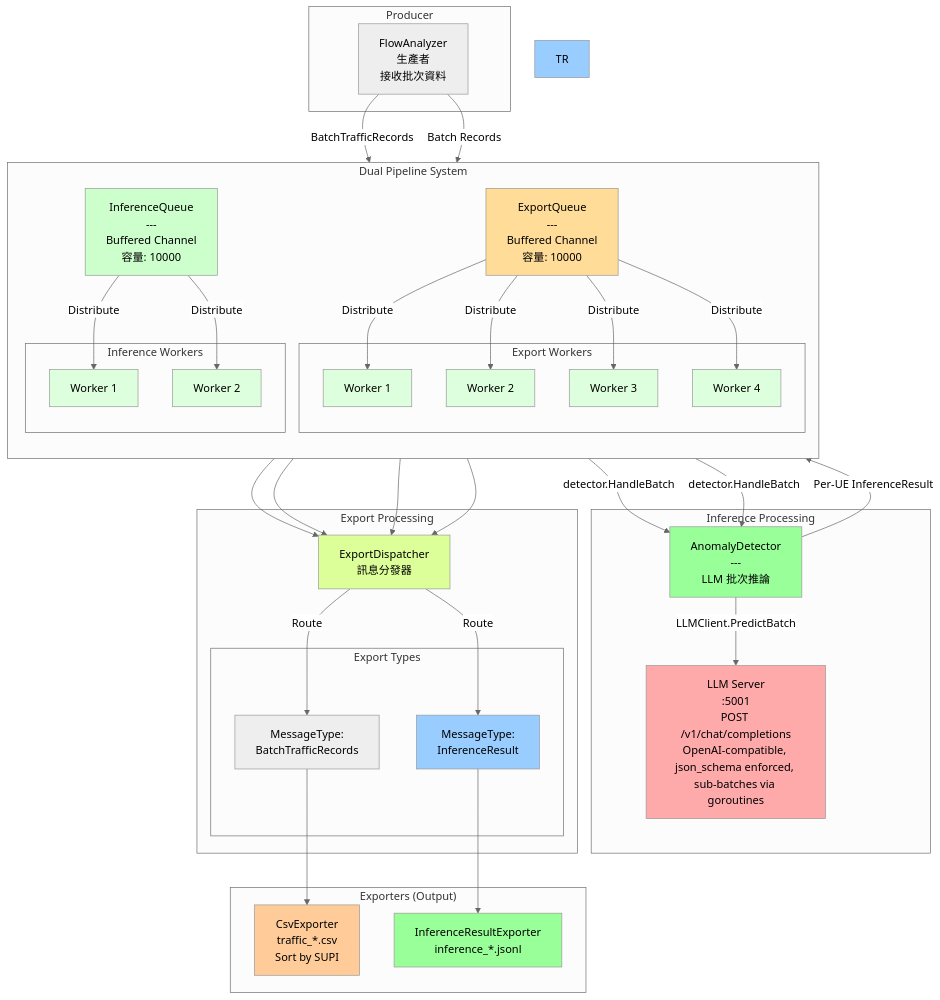
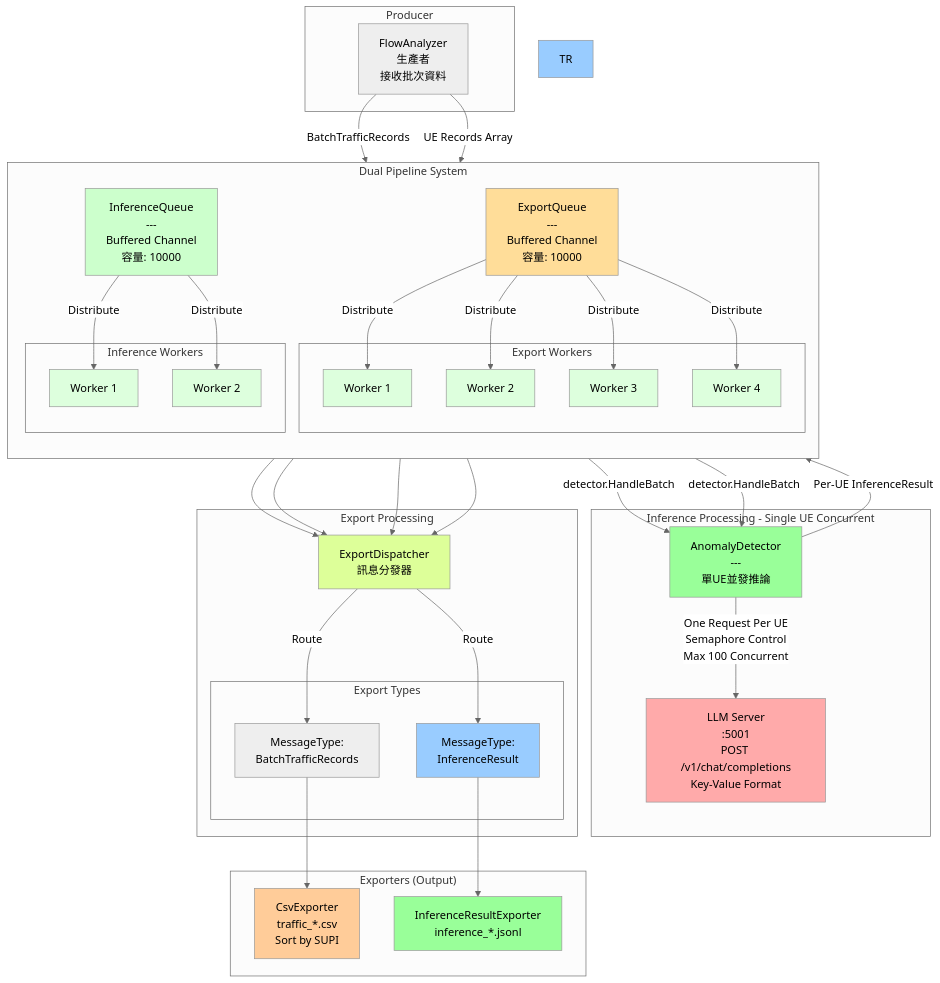
One commit to ian-cs12-NYCU/AnLF changed the fifth of 8 diagrams in docs/architecture.md. Above: the diagram before and after it, drawn with Mermaid. The commit also changed other lines of this file and 14 other files, not shown here.

Commit message:
feat: change to single-UE-per-request

````diff
--- a/docs/architecture.md
+++ b/docs/architecture.md
@@ -259,81 +265,81 @@
 ```mermaid
 %%{init: {'theme':'neutral'}}%%
 graph TB
     subgraph "Producer"
         FA[FlowAnalyzer<br/>生產者<br/>接收批次資料]
     end
     
     subgraph "Dual Pipeline System"
         direction TB
         FA -->|BatchTrafficRecords| ExpQueue["ExportQueue<br/>---<br/>Buffered Channel<br/>容量: 10000"]
-        FA -->|Batch Records| InfQueue["InferenceQueue<br/>---<br/>Buffered Channel<br/>容量: 10000"]
+        FA -->|UE Records Array| InfQueue["InferenceQueue<br/>---<br/>Buffered Channel<br/>容量: 10000"]
         
         subgraph "Export Workers"
             EW1[Worker 1]
             EW2[Worker 2]
             EW3[Worker 3]
             EW4[Worker 4]
         end
         
         subgraph "Inference Workers"
             IW1[Worker 1]
             IW2[Worker 2]
         end
         
         InfQueue -->|Distribute| IW1
         InfQueue -->|Distribute| IW2
         
         ExpQueue -->|Distribute| EW1
         ExpQueue -->|Distribute| EW2
         ExpQueue -->|Distribute| EW3
         ExpQueue -->|Distribute| EW4
     end
     
-    subgraph "Inference Processing"
-        IW1 -->|detector.HandleBatch| Detector["AnomalyDetector<br/>---<br/>LLM 批次推論"]
+    subgraph "Inference Processing - Single UE Concurrent"
+        IW1 -->|detector.HandleBatch| Detector["AnomalyDetector<br/>---<br/>單UE並發推論"]
         IW2 -->|detector.HandleBatch| Detector
         
-        Detector -->|LLMClient.PredictBatch| LLMServer["LLM Server<br/>:5001<br/>POST /v1/chat/completions<br/>OpenAI-compatible, json_schema enforced, sub-batches via goroutines"]
+        Detector -->|One Request Per UE<br/>Semaphore Control<br/>Max 100 Concurrent| LLMServer["LLM Server<br/>:5001<br/>POST /v1/chat/completions<br/>Key-Value Format"]
         
         Detector -->|Per-UE InferenceResult| ExpQueue
     end
     
     subgraph "Export Processing"
         EW1 --> Disp["ExportDispatcher<br/>訊息分發器"]
         EW2 --> Disp
         EW3 --> Disp
         EW4 --> Disp
         
         subgraph "Export Types"
             BTR["MessageType:<br/>BatchTrafficRecords"]
             IR["MessageType:<br/>InferenceResult"]
         end
         
         Disp -->|Route| BTR
         Disp -->|Route| IR
     end
     
     subgraph "Exporters (Output)"
         CSV[CsvExporter<br/>traffic_*.csv<br/>Sort by SUPI]
         InfExp[InferenceResultExporter<br/>inference_*.jsonl]
     end
     
     BTR --> CSV
     IR --> InfExp
     
     style ExpQueue fill:#ffdd99
     style InfQueue fill:#ccffcc
     style EW1 fill:#ddffdd
     style EW2 fill:#ddffdd
     style EW3 fill:#ddffdd
     style EW4 fill:#ddffdd
     style IW1 fill:#ddffdd
     style IW2 fill:#ddffdd
     style Detector fill:#99ff99
     style LLMServer fill:#ffaaaa
     style Disp fill:#ddff99
     style TR fill:#99ccff
     style IR fill:#99ccff
     style CSV fill:#ffcc99
     style InfExp fill:#99ff99
 ```
````
